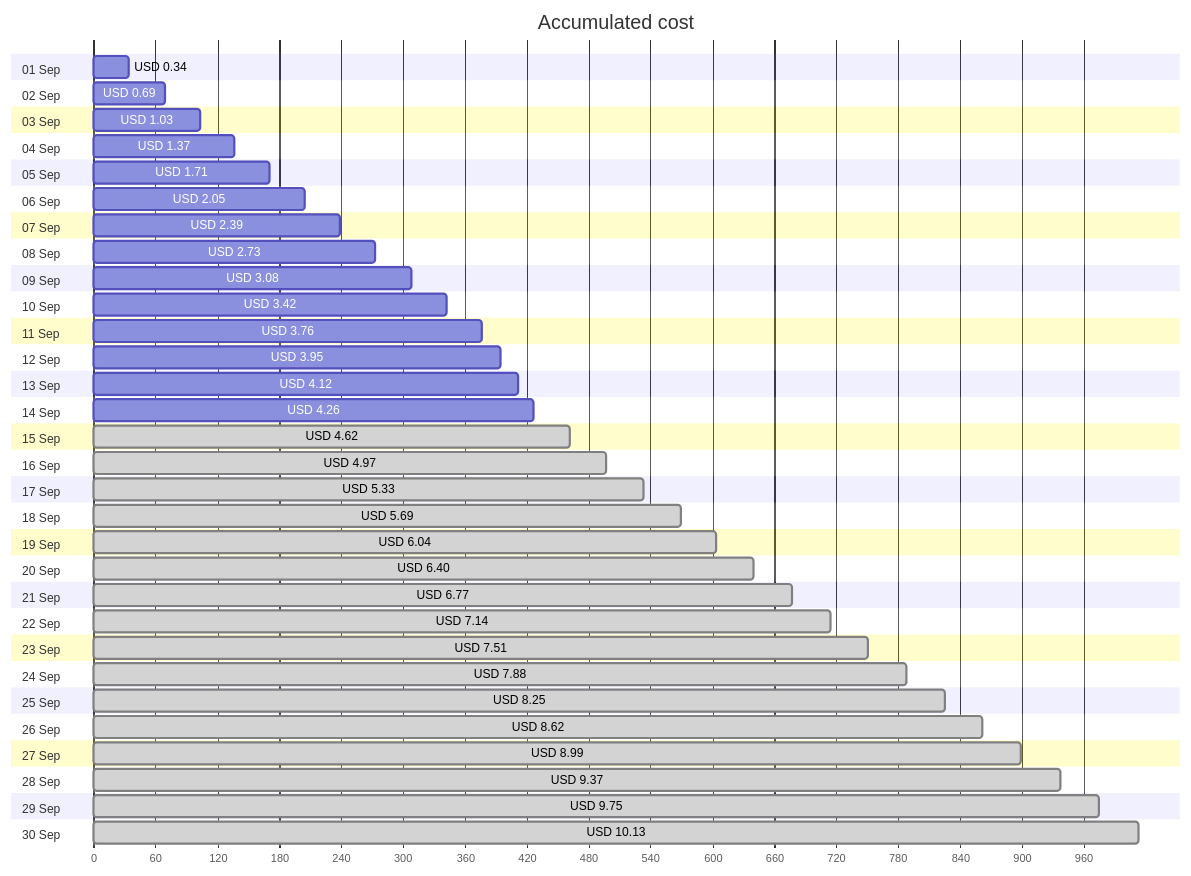
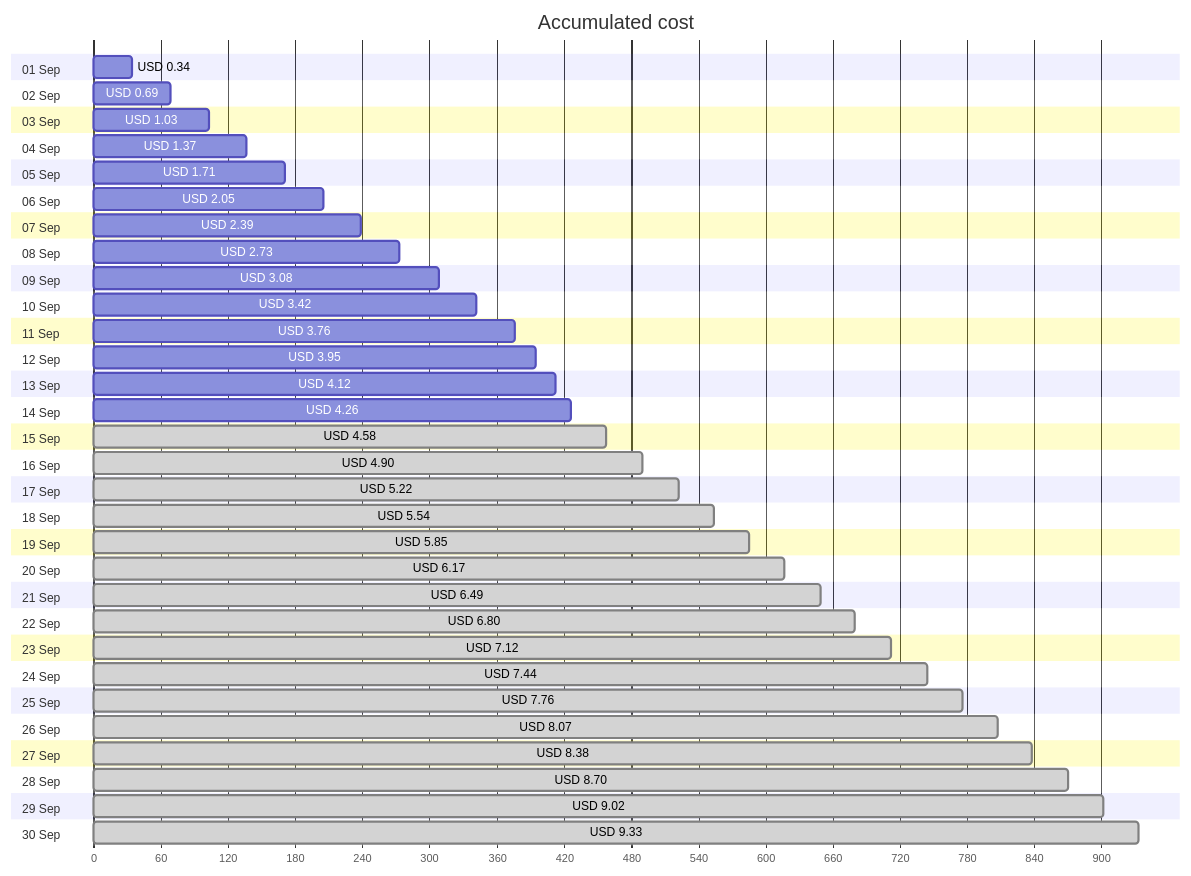
The first of 4 diagrams in cost-reports/personal-network/ubuntu-backup-server-spot.md (jpfulton/azure-personal-reports), drawn with Mermaid before and after one commit. The commit also changed other lines of this file and 37 other files, not shown here.

````diff
--- a/cost-reports/personal-network/ubuntu-backup-server-spot.md
+++ b/cost-reports/personal-network/ubuntu-backup-server-spot.md
@@ -20,66 +20,66 @@
 ```mermaid
 gantt
    title Accumulated cost
    dateFormat  X
    axisFormat %s
    section 01 Sep
    USD 0.34 :0, 34
    section 02 Sep
    USD 0.69 :0, 69
    section 03 Sep
    USD 1.03 :0, 103
    section 04 Sep
    USD 1.37 :0, 137
    section 05 Sep
    USD 1.71 :0, 171
    section 06 Sep
    USD 2.05 :0, 205
    section 07 Sep
    USD 2.39 :0, 239
    section 08 Sep
    USD 2.73 :0, 273
    section 09 Sep
    USD 3.08 :0, 308
    section 10 Sep
    USD 3.42 :0, 342
    section 11 Sep
    USD 3.76 :0, 376
    section 12 Sep
    USD 3.95 :0, 395
    section 13 Sep
    USD 4.12 :0, 412
    section 14 Sep
    USD 4.26 :0, 426
    section 15 Sep
-   USD 4.62 : done, 0, 462
+   USD 4.58 : done, 0, 458
    section 16 Sep
-   USD 4.97 : done, 0, 497
+   USD 4.90 : done, 0, 490
    section 17 Sep
-   USD 5.33 : done, 0, 533
+   USD 5.22 : done, 0, 522
    section 18 Sep
-   USD 5.69 : done, 0, 569
+   USD 5.54 : done, 0, 554
    section 19 Sep
-   USD 6.04 : done, 0, 604
+   USD 5.85 : done, 0, 585
    section 20 Sep
-   USD 6.40 : done, 0, 640
+   USD 6.17 : done, 0, 617
    section 21 Sep
-   USD 6.77 : done, 0, 677
+   USD 6.49 : done, 0, 649
    section 22 Sep
-   USD 7.14 : done, 0, 714
+   USD 6.80 : done, 0, 680
    section 23 Sep
-   USD 7.51 : done, 0, 751
+   USD 7.12 : done, 0, 712
    section 24 Sep
-   USD 7.88 : done, 0, 788
+   USD 7.44 : done, 0, 744
    section 25 Sep
-   USD 8.25 : done, 0, 825
+   USD 7.76 : done, 0, 776
    section 26 Sep
-   USD 8.62 : done, 0, 862
+   USD 8.07 : done, 0, 807
    section 27 Sep
-   USD 8.99 : done, 0, 899
+   USD 8.38 : done, 0, 838
    section 28 Sep
-   USD 9.37 : done, 0, 937
+   USD 8.70 : done, 0, 870
    section 29 Sep
-   USD 9.75 : done, 0, 975
+   USD 9.02 : done, 0, 902
    section 30 Sep
-   USD 10.13 : done, 0, 1013
+   USD 9.33 : done, 0, 933
 ```
````
